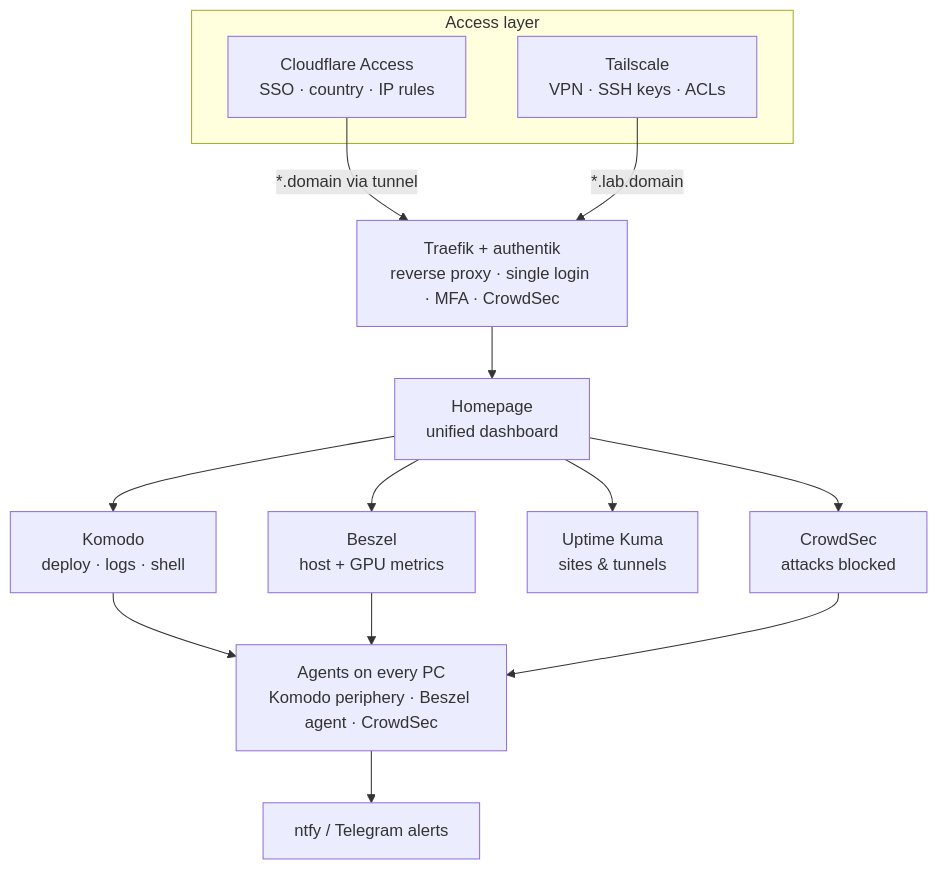
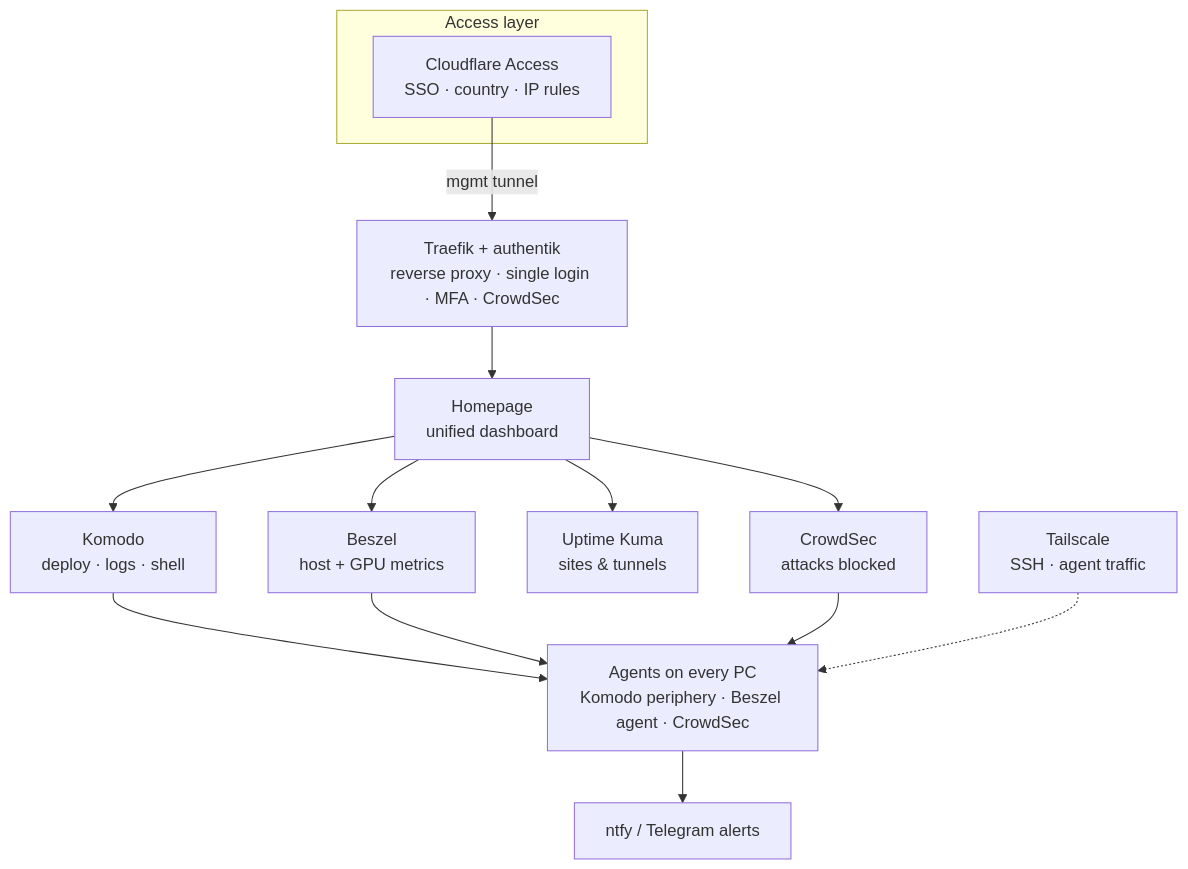
One commit to jaime7981/homelab-ops changed the diagram in README.md. Above: the diagram before and after it, drawn with Mermaid. The commit also changed other lines of this file and 11 other files, not shown here.

First line of the commit message:
Make admin access tunnel-only; VPN path becomes opt-in

````diff
--- a/README.md
+++ b/README.md
@@ -8,17 +8,16 @@
 ```mermaid
 flowchart TB
   subgraph Access["Access layer"]
     CFA["Cloudflare Access<br/>SSO · country · IP rules"]
-    TS["Tailscale<br/>VPN · SSH keys · ACLs"]
   end
-  CFA -->|"*.domain via tunnel"| TR
-  TS  -->|"*.lab.domain"| TR
+  CFA -->|"mgmt tunnel"| TR
   TR["Traefik + authentik<br/>reverse proxy · single login · MFA · CrowdSec"]
   TR --> HP["Homepage<br/>unified dashboard"]
   HP --> KO["Komodo<br/>deploy · logs · shell"]
   HP --> BE["Beszel<br/>host + GPU metrics"]
   HP --> UK["Uptime Kuma<br/>sites & tunnels"]
   HP --> CS["CrowdSec<br/>attacks blocked"]
   KO & BE & CS --> AG["Agents on every PC<br/>Komodo periphery · Beszel agent · CrowdSec"]
+  TS["Tailscale<br/>SSH · agent traffic"] -.-> AG
   AG --> NT["ntfy / Telegram alerts"]
 ```
````
